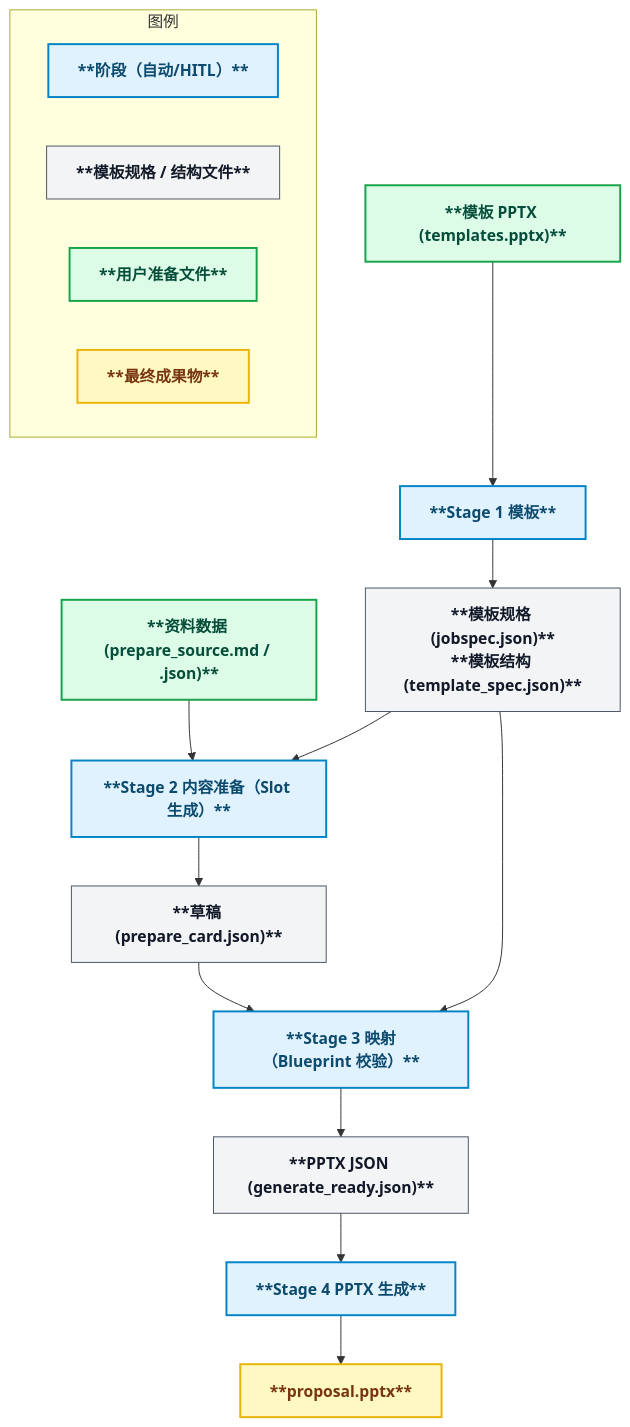
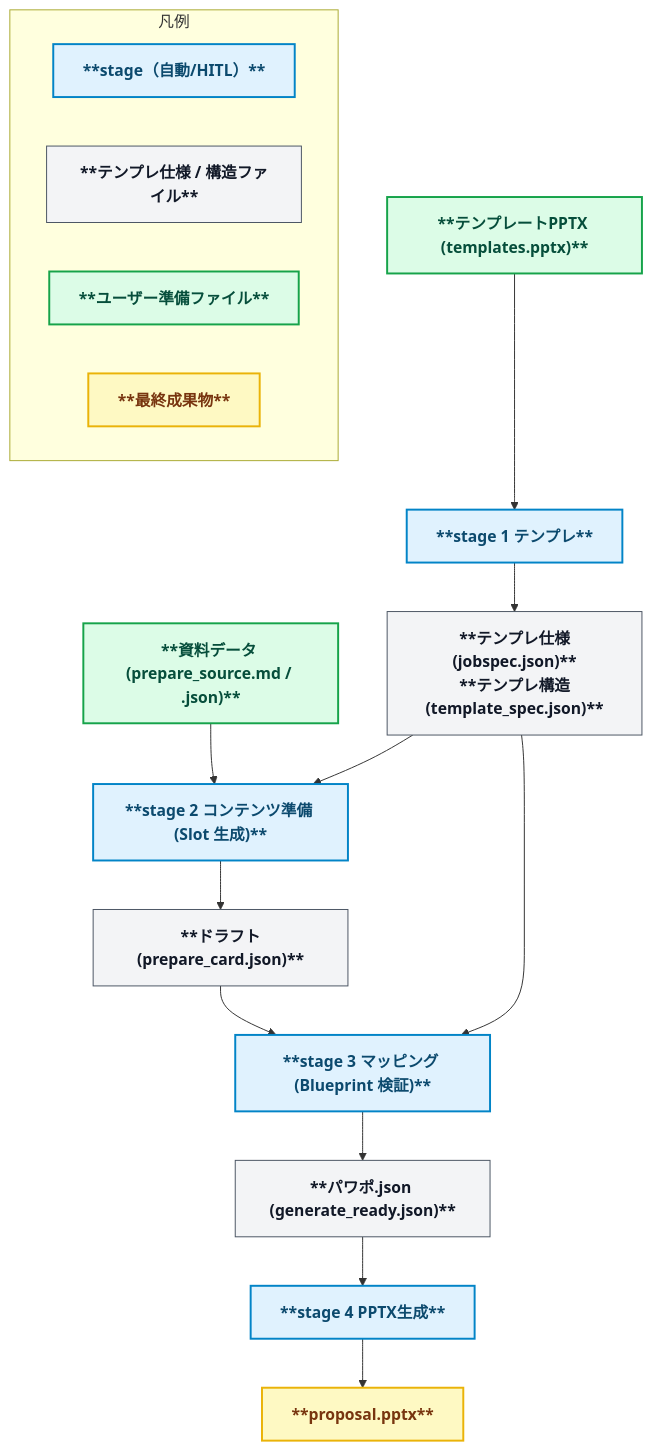
The second of 2 diagrams in README.zh.md (yurake/pptx_generator), drawn with Mermaid before and after one commit. The commit also changed other lines of this file and 13 other files, not shown here.

````diff
--- a/README.zh.md
+++ b/README.zh.md
@@ -111,36 +109,36 @@
 ```mermaid
 flowchart TD
   %% ======= Styles =======
   classDef stage fill:#e0f2fe,stroke:#0284c7,stroke-width:2px,color:#0c4a6e,font-weight:bold;
   classDef file fill:#f3f4f6,stroke:#4b5563,stroke-width:1px,color:#111827,font-weight:bold;
   classDef userfile fill:#dcfce7,stroke:#16a34a,stroke-width:2px,color:#064e3b,font-weight:bold;
   classDef final fill:#fef9c3,stroke:#eab308,stroke-width:2px,color:#78350f,font-weight:bold;
 
   %% ======= Stage 1 =======
-  TmplStatic["**模板 PPTX (templates.pptx)**"]:::userfile --> S1Static["**Stage 1 模板**"]:::stage
-  S1Static --> SpecStatic["**模板规格 (jobspec.json)**<br/>**模板结构 (template_spec.json)**"]:::file
+  TmplStatic["**テンプレートPPTX (templates.pptx)**"]:::userfile --> S1Static["**stage 1 テンプレ**"]:::stage
+  S1Static --> SpecStatic["**テンプレ仕様(jobspec.json)**<br/>**テンプレ構造(template_spec.json)**"]:::file
 
   %% ======= Stage 2 =======
-  PrepareStatic["**资料数据 (prepare_source.md / .json)**"]:::userfile --> S2Static["**Stage 2 内容准备（Slot 生成）**"]:::stage
+  PrepareStatic["**資料データ (prepare_source.md / .json)**"]:::userfile --> S2Static["**stage 2 コンテンツ準備 (Slot 生成)**"]:::stage
   SpecStatic --> S2Static
-  S2Static --> PrepareCardsStatic["**草稿 (prepare_card.json)**"]:::file
+  S2Static --> PrepareCardsStatic["**ドラフト(prepare_card.json)**"]:::file
   PrepareCardsStatic --> S3Static
 
   %% ======= Stage 3 =======
-  S3Static["**Stage 3 映射（Blueprint 校验）**"]:::stage
+  S3Static["**stage 3 マッピング (Blueprint 検証)**"]:::stage
   SpecStatic --> S3Static
-  S3Static --> ReadyStatic["**PPTX JSON (generate_ready.json)**"]:::file
+  S3Static --> ReadyStatic["**パワポ.json (generate_ready.json)**"]:::file
 
   %% ======= Stage 4 =======
-  ReadyStatic --> S4Static["**Stage 4 PPTX 生成**"]:::stage
+  ReadyStatic --> S4Static["**stage 4 PPTX生成**"]:::stage
   S4Static --> PPTXStatic["**proposal.pptx**"]:::final
 
   %% ======= Legend =======
-  subgraph LegendStatic[图例]
+  subgraph LegendStatic[凡例]
     direction LR
-    B1["**阶段（自动/HITL）**"]:::stage
-    B2["**模板规格 / 结构文件**"]:::file
-    B3["**用户准备文件**"]:::userfile
-    B4["**最终成果物**"]:::final
+    B1["**stage（自動/HITL）**"]:::stage
+    B2["**テンプレ仕様 / 構造ファイル**"]:::file
+    B3["**ユーザー準備ファイル**"]:::userfile
+    B4["**最終成果物**"]:::final
   end
 ```
````
